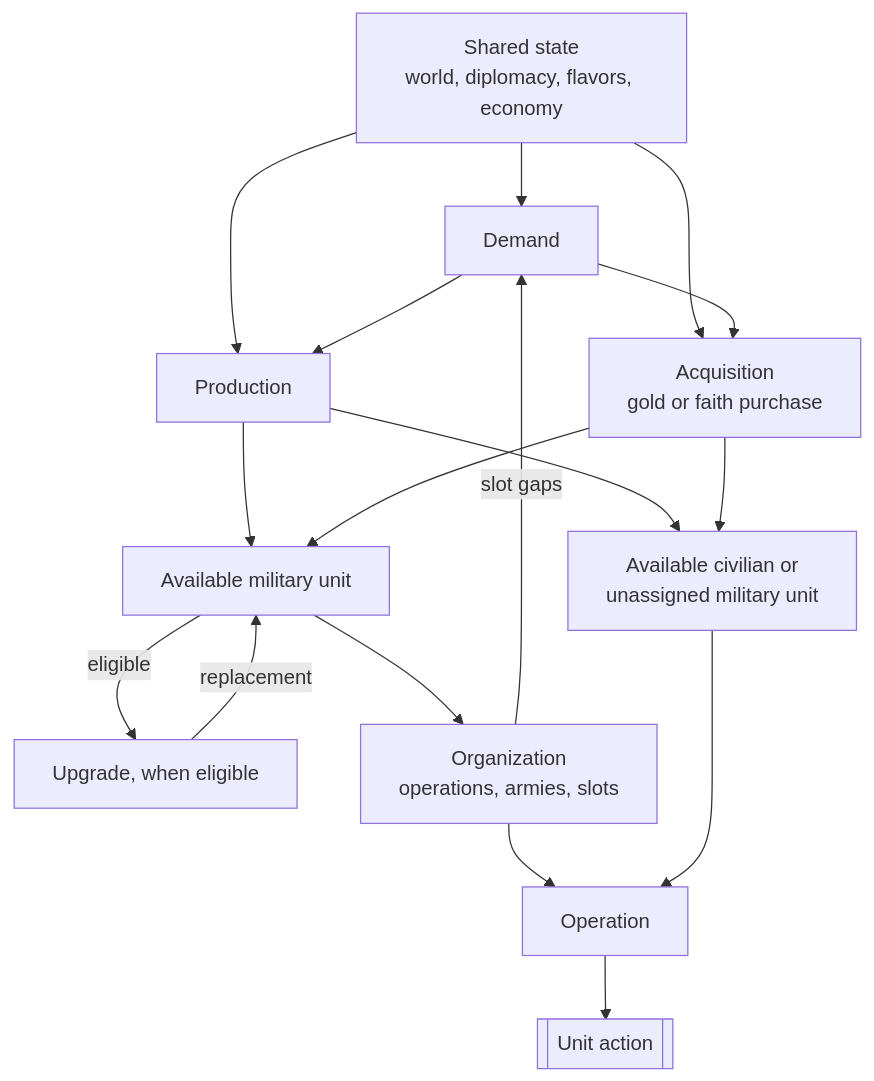
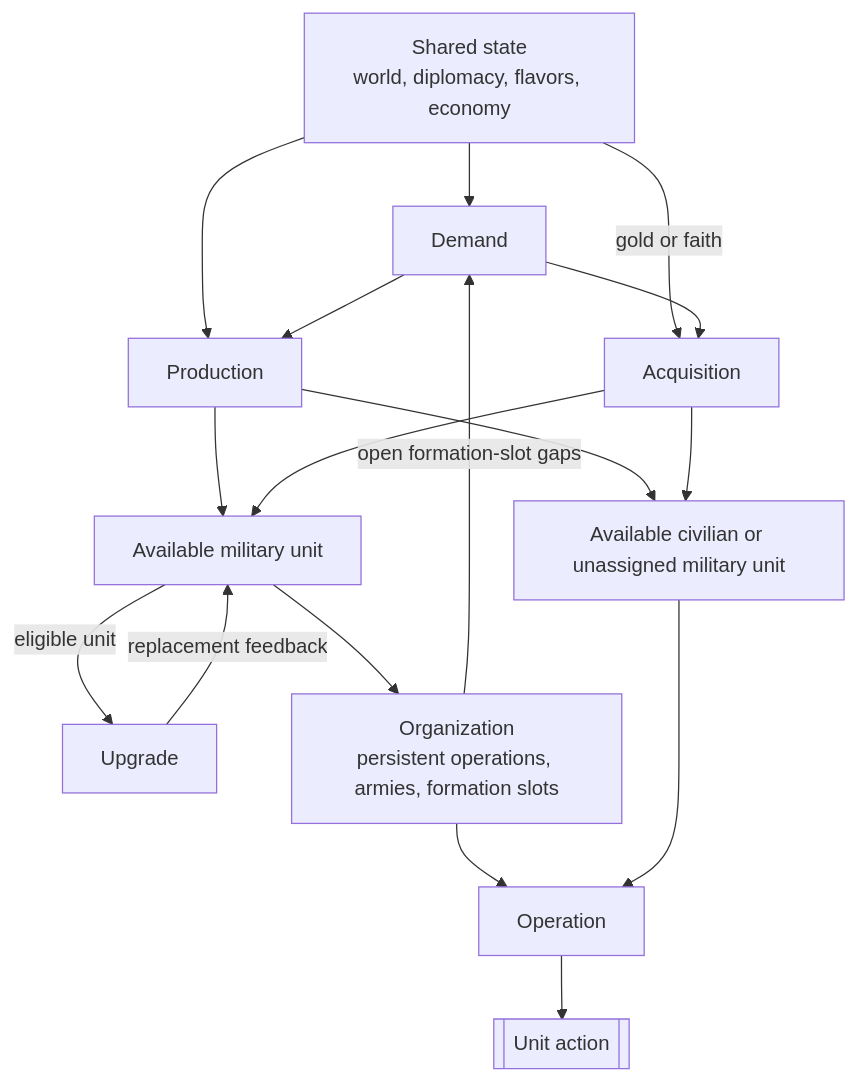
Before and after one commit to vox-deorum/vox-deorum: the diagram in docs/developers/civ5-dll/unit-ai/overview.md, drawn with Mermaid. The commit also changed other lines of this file and 12 other files, not shown here.

````diff
--- a/docs/developers/civ5-dll/unit-ai/overview.md
+++ b/docs/developers/civ5-dll/unit-ai/overview.md
@@ -22,30 +24,19 @@
 ```mermaid
 flowchart TD
-    S[Shared state<br/>world, diplomacy, flavors, economy]
-    D[Demand]
-    P[Production]
-    A[Acquisition<br/>gold or faith purchase]
-    M[Available military unit]
-    C[Available civilian or<br/>unassigned military unit]
-    U[Upgrade, when eligible]
-    O[Organization<br/>operations, armies, slots]
-    R[Operation]
-    X[[Unit action]]
-
-    S --> D
-    S --> P
-    S --> A
+    S[Shared state<br/>world, diplomacy, flavors, economy] --> D[Demand]
+    S --> P[Production]
+    S -->|gold or faith| A[Acquisition]
     D --> P
     D --> A
-    P --> M
-    P --> C
+    P --> M[Available military unit]
+    P --> C[Available civilian or unassigned military unit]
     A --> M
     A --> C
-    M -->|eligible| U
-    U -->|replacement| M
-    M --> O
-    O -->|slot gaps| D
-    O --> R
+    M -->|eligible unit| U[Upgrade]
+    U -->|replacement feedback| M
+    M --> O[Organization<br/>persistent operations, armies, formation slots]
+    O -->|open formation-slot gaps| D
+    O --> R[Operation]
     C --> R
-    R --> X
+    R --> X[[Unit action]]
 ```
````
